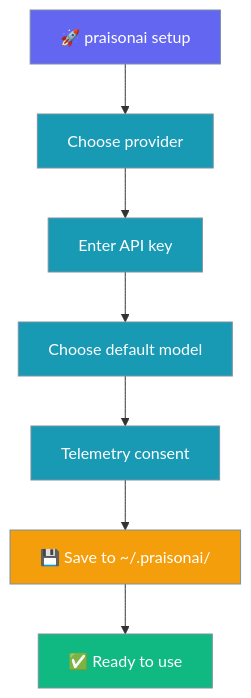
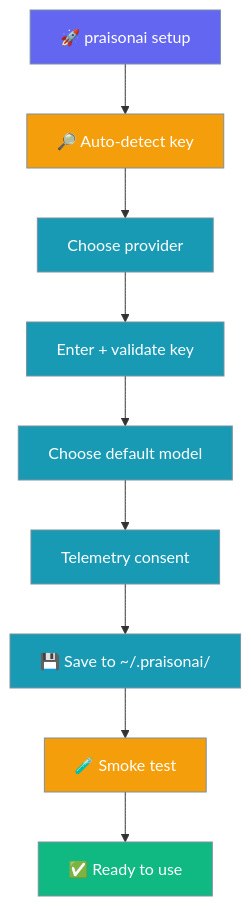
The first of 2 diagrams in docs/cli/setup.mdx (MervinPraison/PraisonAIDocs), drawn with Mermaid before and after one commit. The commit also changed other lines of this file and 2 other files, not shown here.

Commit message:
docs: update setup + first-run onboarding for auto-detect, key validation, smoke test, and --no-verify (fixes #1619)

````diff
--- a/docs/cli/setup.mdx
+++ b/docs/cli/setup.mdx
@@ -14,19 +14,22 @@
 ```mermaid
 graph TB
-    A[🚀 praisonai setup] --> B[Choose provider]
-    B --> C[Enter API key]
+    A[🚀 praisonai setup] --> AD[🔎 Auto-detect key]
+    AD --> B[Choose provider]
+    B --> C[Enter + validate key]
     C --> D[Choose default model]
     D --> E[Telemetry consent]
     E --> F[💾 Save to ~/.praisonai/]
-    F --> G[✅ Ready to use]
+    F --> S[🧪 Smoke test]
+    S --> G[✅ Ready to use]
 
     classDef start fill:#6366F1,stroke:#7C90A0,color:#fff
     classDef step fill:#189AB4,stroke:#7C90A0,color:#fff
-    classDef save fill:#F59E0B,stroke:#7C90A0,color:#fff
+    classDef new fill:#F59E0B,stroke:#7C90A0,color:#fff
+    classDef save fill:#189AB4,stroke:#7C90A0,color:#fff
     classDef done fill:#10B981,stroke:#7C90A0,color:#fff
 
     class A start
-    class B,C,D,E step
-    class F save
+    class AD,S new
+    class B,C,D,E,F step
     class G done
 ```
````
